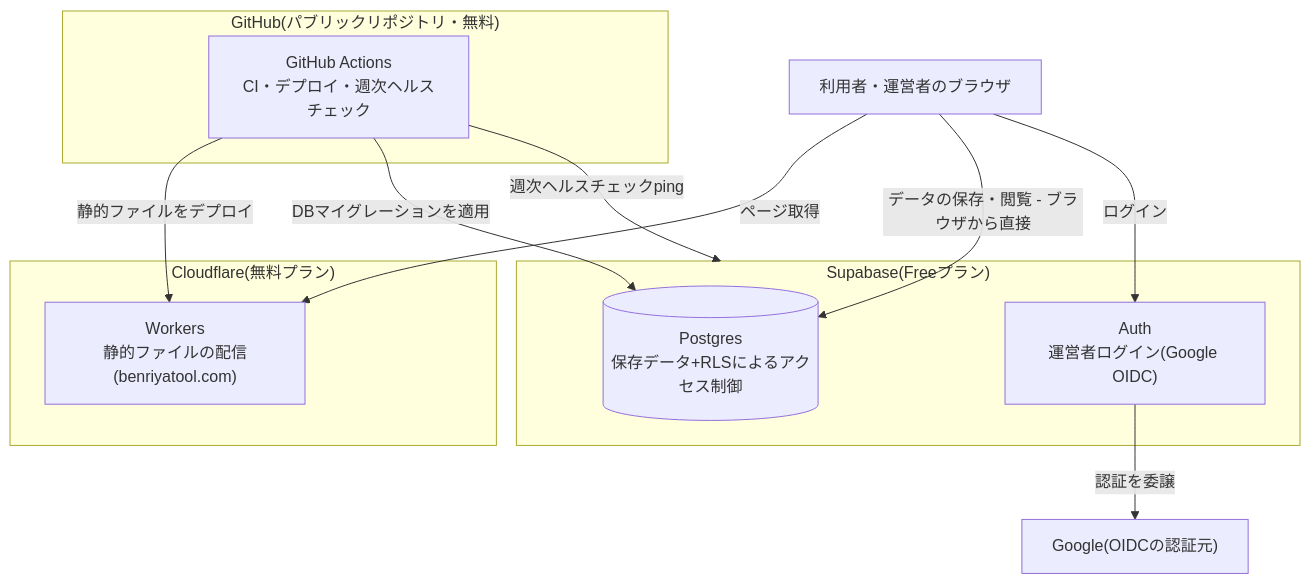
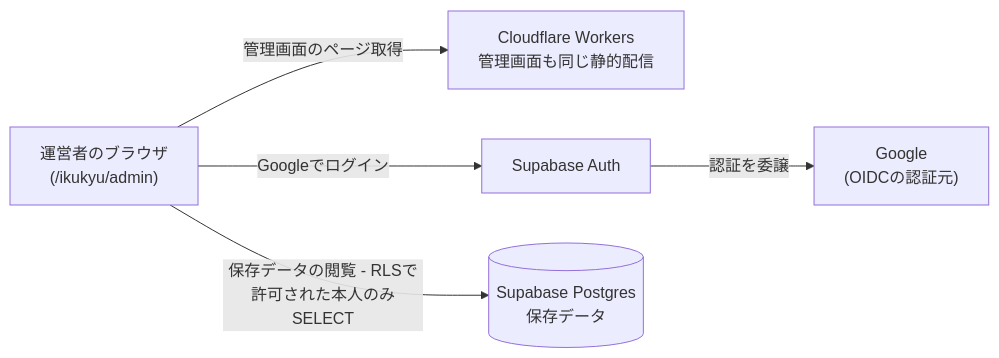
The second of 3 diagrams in docs/architecture/infrastructure.md (zakiyama0108/benriyatool), drawn with Mermaid before and after one commit. The commit also changed other lines of this file, not shown here.

Commit message:
docs: インフラ構成図を利用者・運営者・開発者の3視点に分割(PRレビュー指摘対応)
1枚に全経路を混ぜると読み取りにくいため、視点ごとに独立した3図に分け、
それぞれの図の直後に正となる定義・ドキュメントへのリンクを置いた

````diff
--- a/docs/architecture/infrastructure.md
+++ b/docs/architecture/infrastructure.md
@@ -5,27 +25,13 @@
 ```mermaid
-flowchart TD
-    browser["利用者・運営者のブラウザ"]
+flowchart LR
+    operator["運営者のブラウザ<br>(/ikukyu/admin)"]
+    workers["Cloudflare Workers<br>管理画面も同じ静的配信"]
+    auth["Supabase Auth"]
+    google["Google<br>(OIDCの認証元)"]
+    db[("Supabase Postgres<br>保存データ")]
 
-    subgraph cloudflare["Cloudflare(無料プラン)"]
-        workers["Workers<br>静的ファイルの配信(benriyatool.com)"]
-    end
-
-    subgraph supabase["Supabase(Freeプラン)"]
-        db[("Postgres<br>保存データ+RLSによるアクセス制御")]
-        auth["Auth<br>運営者ログイン(Google OIDC)"]
-    end
-
-    subgraph github["GitHub(パブリックリポジトリ・無料)"]
-        actions["GitHub Actions<br>CI・デプロイ・週次ヘルスチェック"]
-    end
-
-    google["Google(OIDCの認証元)"]
-
-    browser -->|ページ取得| workers
-    browser -->|データの保存・閲覧 - ブラウザから直接| db
-    browser -->|ログイン| auth
+    operator -->|管理画面のページ取得| workers
+    operator -->|Googleでログイン| auth
     auth -->|認証を委譲| google
-    actions -->|静的ファイルをデプロイ| workers
-    actions -->|DBマイグレーションを適用| db
-    actions -->|週次ヘルスチェックping| supabase
+    operator -->|保存データの閲覧 - RLSで許可された本人のみSELECT| db
 ```
````
